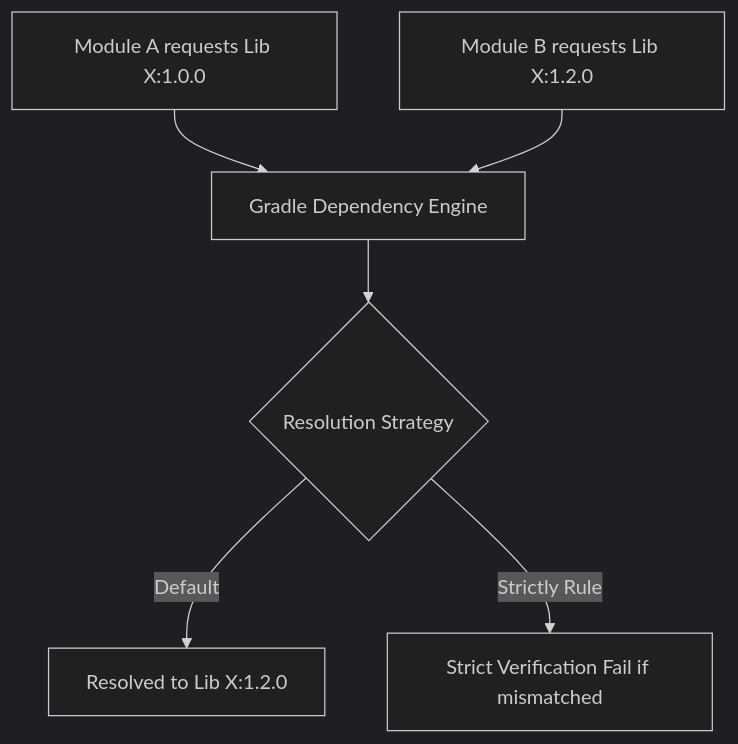
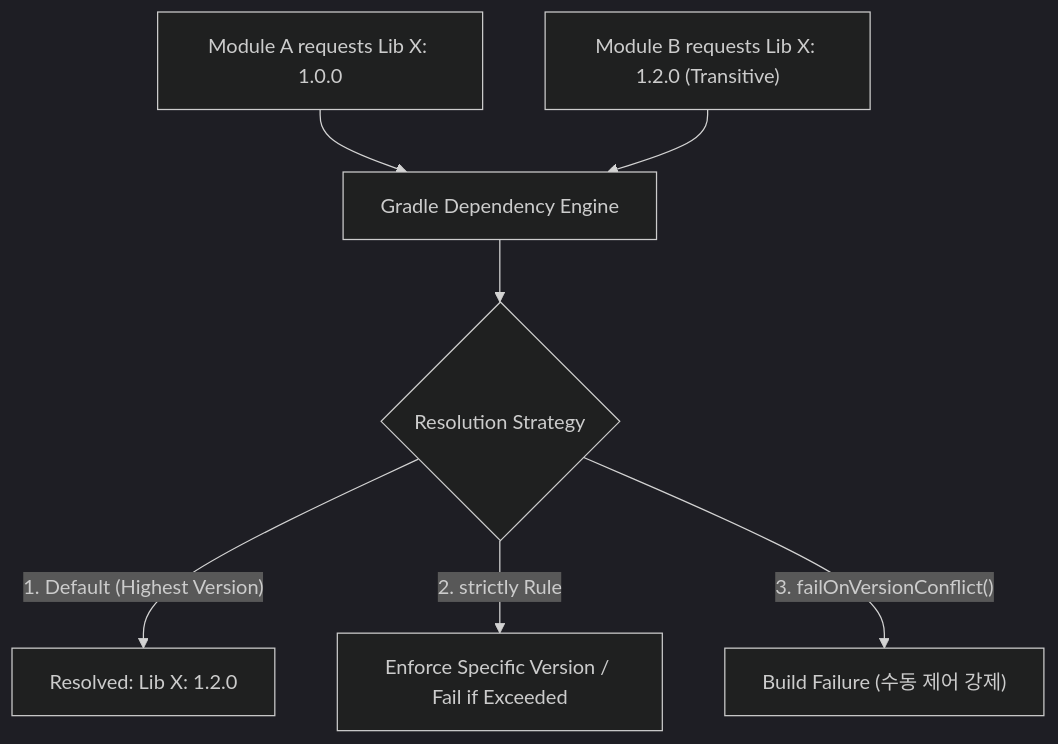
The diagram in 01_inbox/mobile/android/03_packaging_deployment/build/gradle/gradle-dependency-resolution.md (youngmin-gwon/what-i-studied), drawn with Mermaid (dark theme) before and after one commit. The commit also changed other lines of this file and 10 other files, not shown here.

````diff
--- a/01_inbox/mobile/android/03_packaging_deployment/build/gradle/gradle-dependency-resolution.md
+++ b/01_inbox/mobile/android/03_packaging_deployment/build/gradle/gradle-dependency-resolution.md
@@ -31,8 +17,9 @@
 ```mermaid
 flowchart TD
-    ReqA["Module A requests Lib X:1.0.0"] --> Engine["Gradle Dependency Engine"]
-    ReqB["Module B requests Lib X:1.2.0"] --> Engine
+    ReqA["Module A requests Lib X: 1.0.0"] --> Engine["Gradle Dependency Engine"]
+    ReqB["Module B requests Lib X: 1.2.0 (Transitive)"] --> Engine
     Engine --> Strategy{"Resolution Strategy"}
-    Strategy -->|"Default"| Highest["Resolved to Lib X:1.2.0"]
-    Strategy -->|"Strictly Rule"| StrictFail["Strict Verification Fail if mismatched"]
+    Strategy -->|"1. Default (Highest Version)"| High["Resolved: Lib X: 1.2.0"]
+    Strategy -->|"2. strictly Rule"| Strict["Enforce Specific Version / Fail if Exceeded"]
+    Strategy -->|"3. failOnVersionConflict()"| Fail["Build Failure (수동 제어 강제)"]
 ```
````
